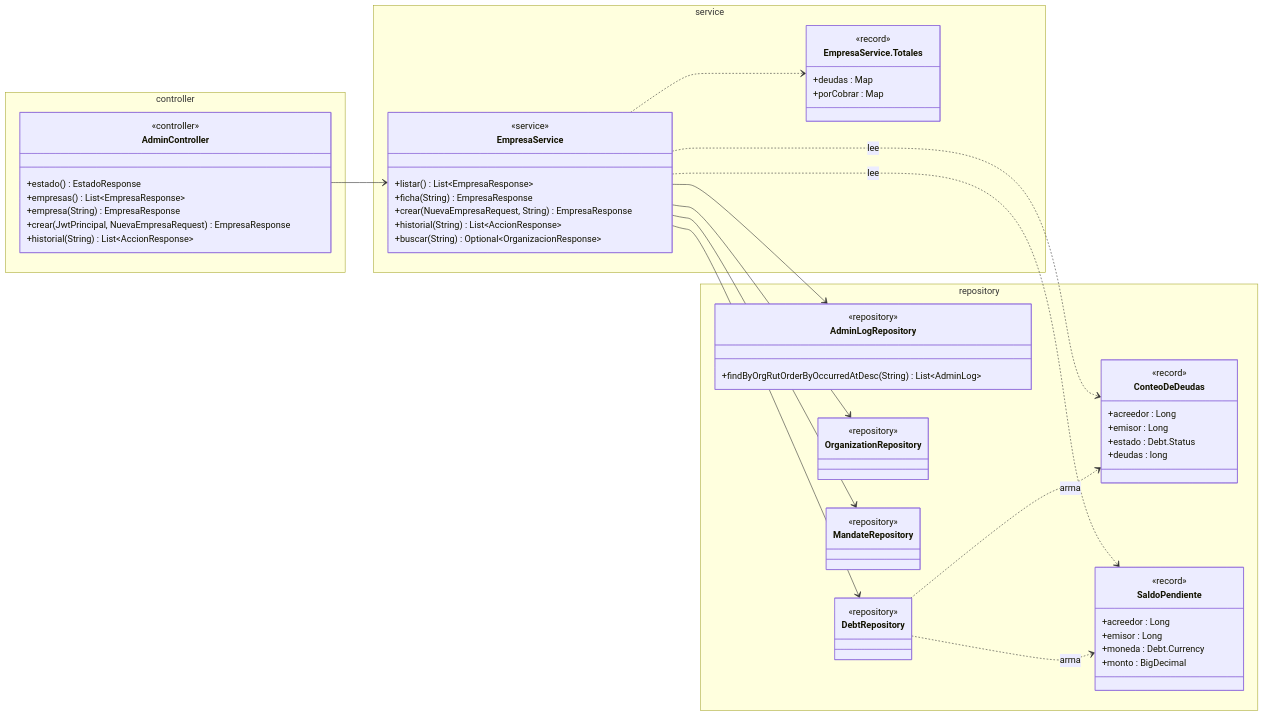
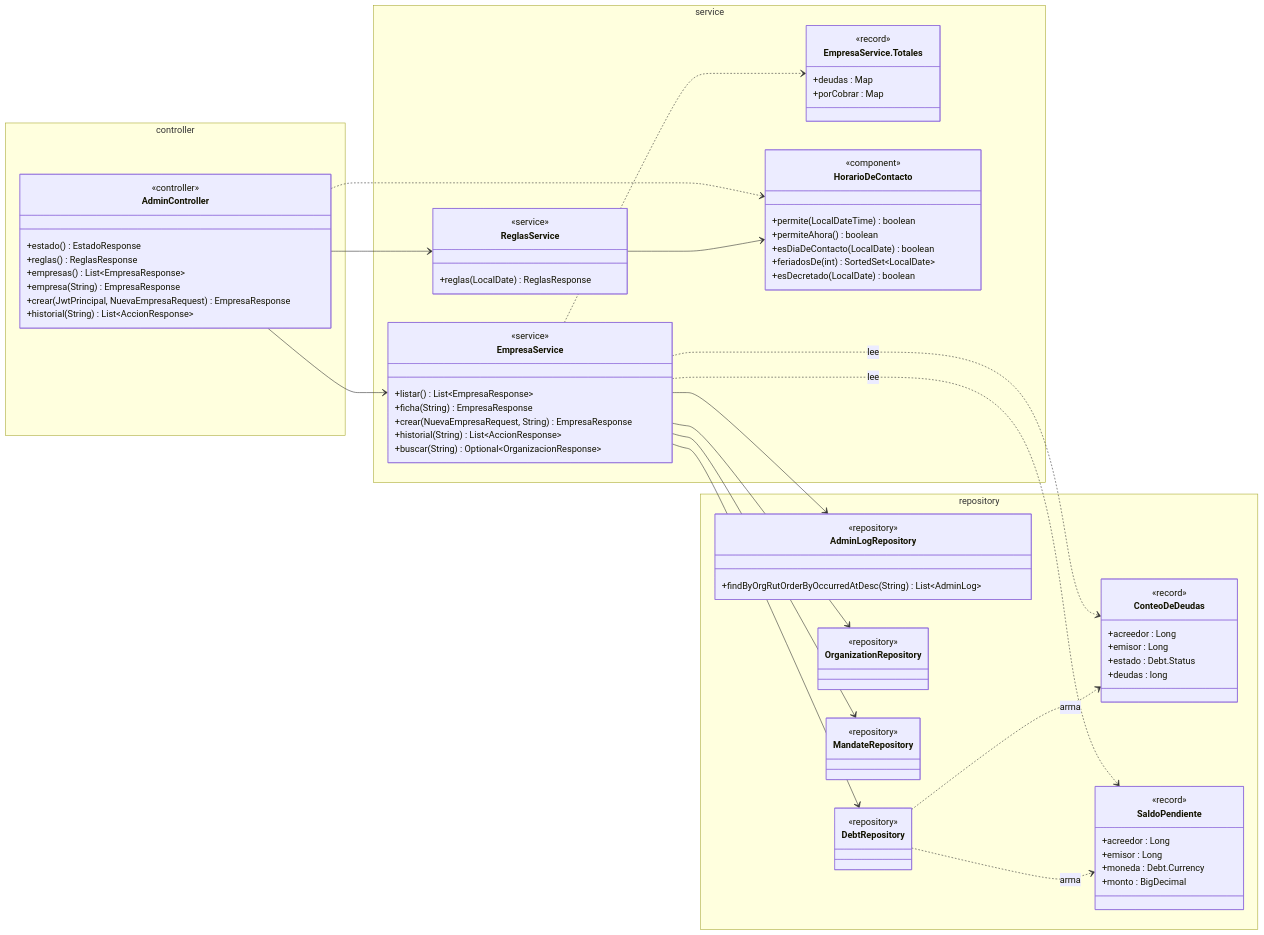
One commit to TechnicalBridge/DataBridge changed the ninth of 17 diagrams in docs/diagramas/clases.md. Above: the diagram before and after it, drawn with Mermaid. The commit also changed other lines of this file and 29 other files, not shown here.

```diff
--- a/docs/diagramas/clases.md
+++ b/docs/diagramas/clases.md
@@ -1702,6 +1723,7 @@
         class AdminController {
             <<controller>>
             +estado() EstadoResponse
+            +reglas() ReglasResponse
             +empresas() List~EmpresaResponse~
             +empresa(String) EmpresaResponse
             +crear(JwtPrincipal, NuevaEmpresaRequest) EmpresaResponse
@@ -1721,6 +1743,18 @@
             <<record>>
             +deudas : Map
             +porCobrar : Map
+        }
+        class ReglasService {
+            <<service>>
+            +reglas(LocalDate) ReglasResponse
+        }
+        class HorarioDeContacto {
+            <<component>>
+            +permite(LocalDateTime) boolean
+            +permiteAhora() boolean
+            +esDiaDeContacto(LocalDate) boolean
+            +feriadosDe(int) SortedSet~LocalDate~
+            +esDecretado(LocalDate) boolean
         }
     }
     namespace repository {
@@ -1754,10 +1788,13 @@
     }
     EmpresaService ..> EmpresaService_Totales
     AdminController --> EmpresaService
+    AdminController --> ReglasService
+    AdminController ..> HorarioDeContacto
     EmpresaService --> OrganizationRepository
     EmpresaService --> MandateRepository
     EmpresaService --> DebtRepository
     EmpresaService --> AdminLogRepository
+    ReglasService --> HorarioDeContacto
     EmpresaService ..> ConteoDeDeudas : lee
     EmpresaService ..> SaldoPendiente : lee
     DebtRepository ..> ConteoDeDeudas : arma
```
